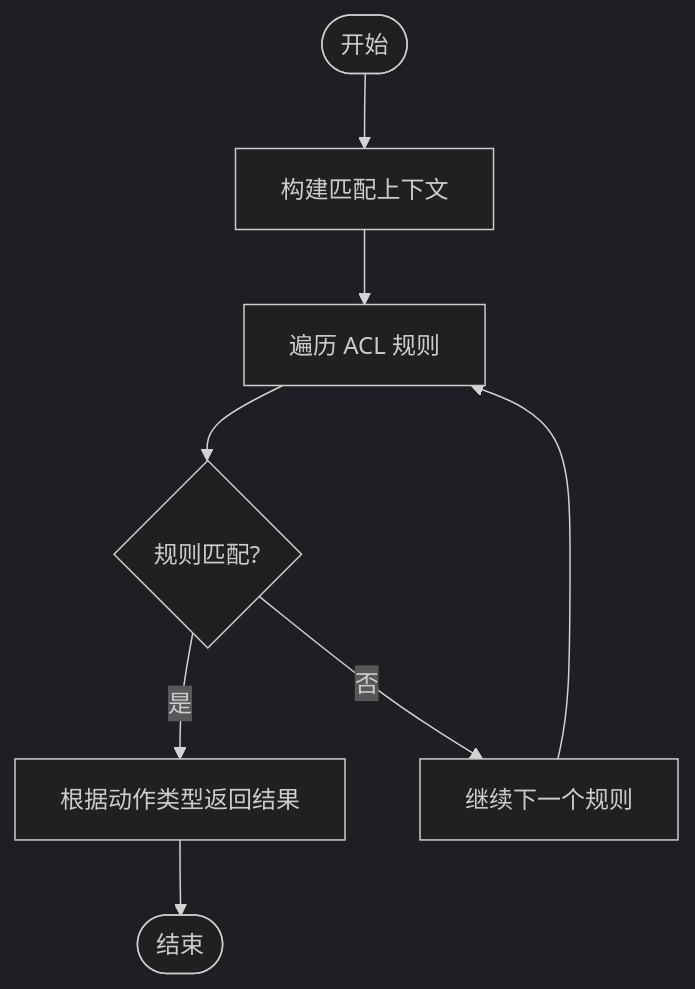
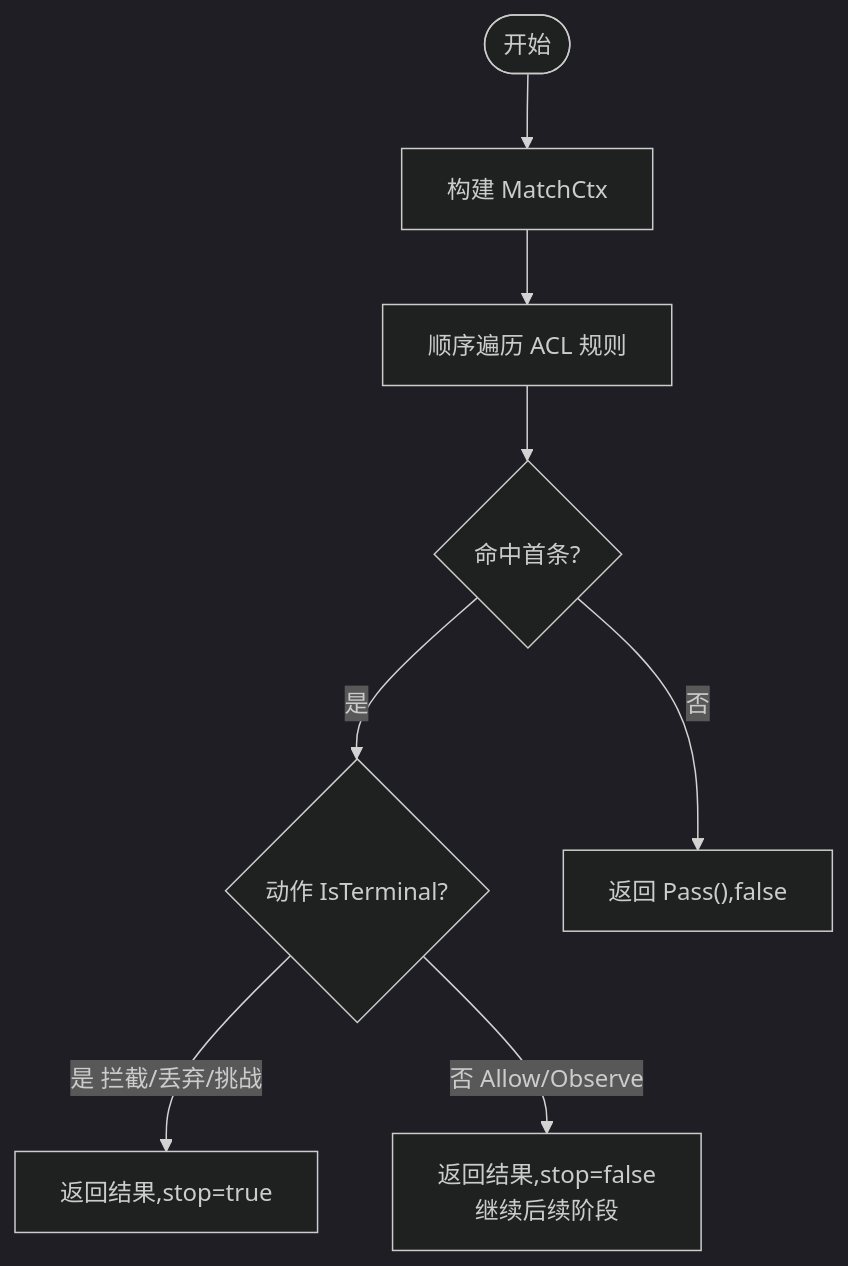
The fourth of 10 diagrams in docs/WAF 引擎系统/处理阶段详解/处理阶段详解.md (x01n/My-OpenWaf), drawn with Mermaid (dark theme) before and after one commit. The commit also changed other lines of this file and 622 other files, not shown here.

````diff
--- a/docs/WAF 引擎系统/处理阶段详解/处理阶段详解.md
+++ b/docs/WAF 引擎系统/处理阶段详解/处理阶段详解.md
@@ -138,10 +193,10 @@
 ```mermaid
 flowchart TD
-Start(["开始"]) --> BuildCtx["构建匹配上下文"]
-BuildCtx --> IterateRules["遍历 ACL 规则"]
-IterateRules --> Match{"规则匹配?"}
-Match --> |是| Decide["根据动作类型返回结果"]
-Match --> |否| Next["继续下一个规则"]
-Next --> IterateRules
-Decide --> End(["结束"])
+Start(["开始"]) --> BuildCtx["构建 MatchCtx"]
+BuildCtx --> IterateRules["顺序遍历 ACL 规则"]
+IterateRules --> Match{"命中首条?"}
+Match --> |是| Terminal{"动作 IsTerminal?"}
+Terminal --> |是 拦截/丢弃/挑战| Stop["返回结果,stop=true"]
+Terminal --> |否 Allow/Observe| Cont["返回结果,stop=false<br>继续后续阶段"]
+Match --> |否| Pass["返回 Pass(),false"]
 ```
````
